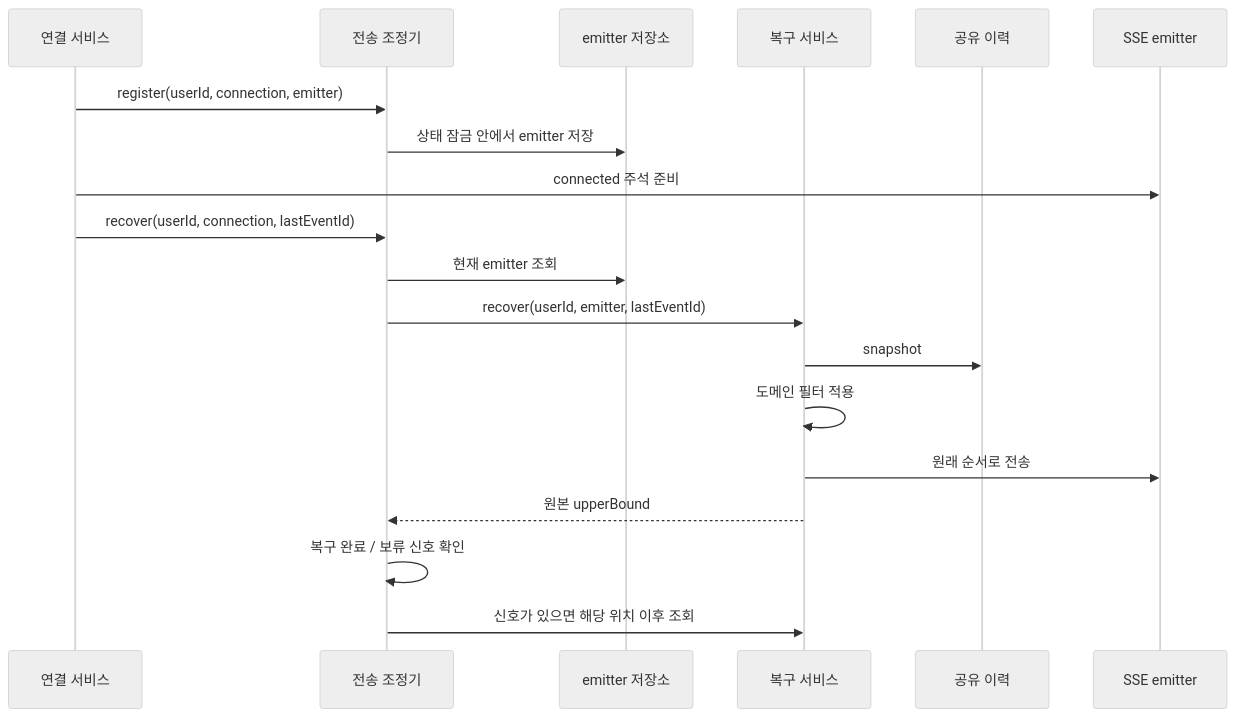
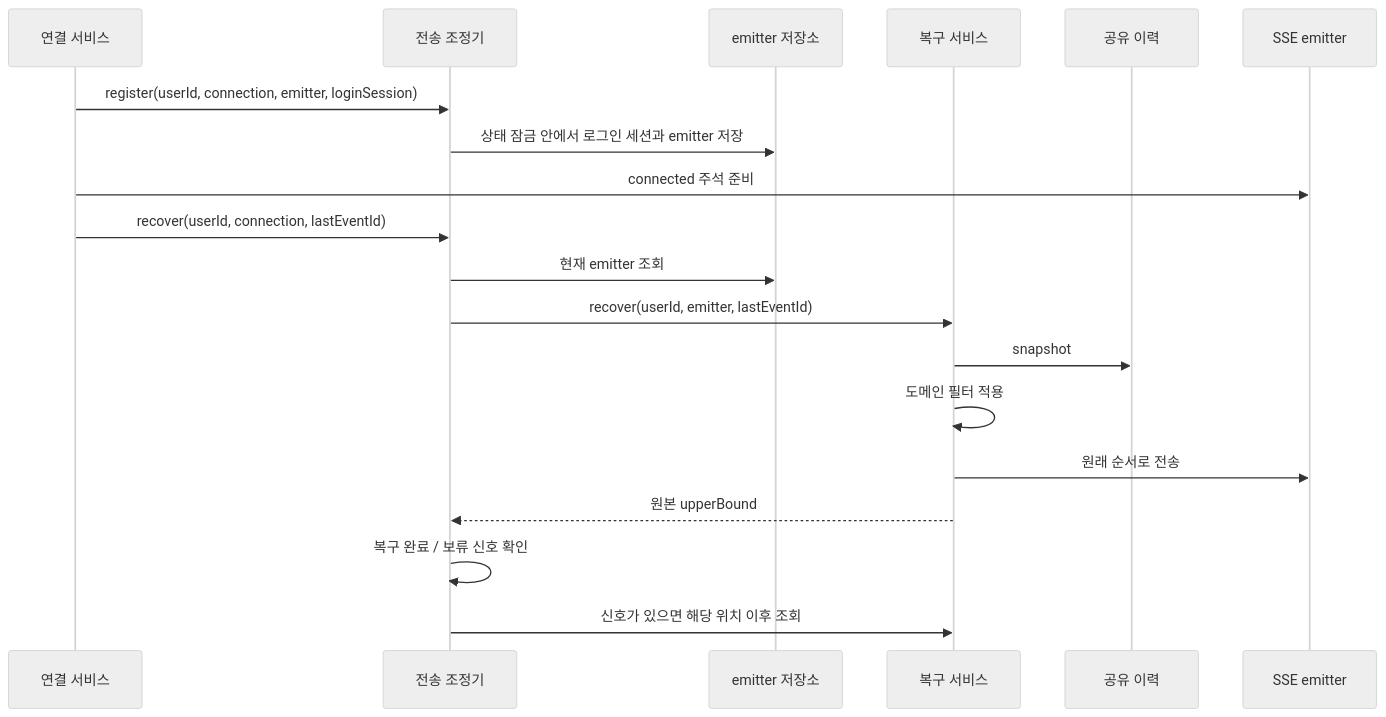
One commit to codeit-backend13-part4-team1/playlist_for_everyone changed the diagram in docs/sse/10-recovery-and-retry.md. Above: the diagram before and after it, drawn with Mermaid (neutral theme). The commit also changed 13 other files, not shown here.

Commit message:
docs : SSE 로그인 세션과 연결 매핑 흐름 정리 (#236)

````diff
--- a/docs/sse/10-recovery-and-retry.md
+++ b/docs/sse/10-recovery-and-retry.md
@@ -8,21 +8,21 @@
 ```mermaid
 sequenceDiagram
     participant C as 연결 서비스
     participant D as 전송 조정기
     participant L as emitter 저장소
     participant R as 복구 서비스
     participant H as 공유 이력
     participant E as SSE emitter
-    C->>D: register(userId, connection, emitter)
-    D->>L: 상태 잠금 안에서 emitter 저장
+    C->>D: register(userId, connection, emitter, loginSession)
+    D->>L: 상태 잠금 안에서 로그인 세션과 emitter 저장
     C->>E: connected 주석 준비
     C->>D: recover(userId, connection, lastEventId)
     D->>L: 현재 emitter 조회
     D->>R: recover(userId, emitter, lastEventId)
     R->>H: snapshot
     R->>R: 도메인 필터 적용
     R->>E: 원래 순서로 전송
     R-->>D: 원본 upperBound
     D->>D: 복구 완료 / 보류 신호 확인
     D->>R: 신호가 있으면 해당 위치 이후 조회
 ```
````
